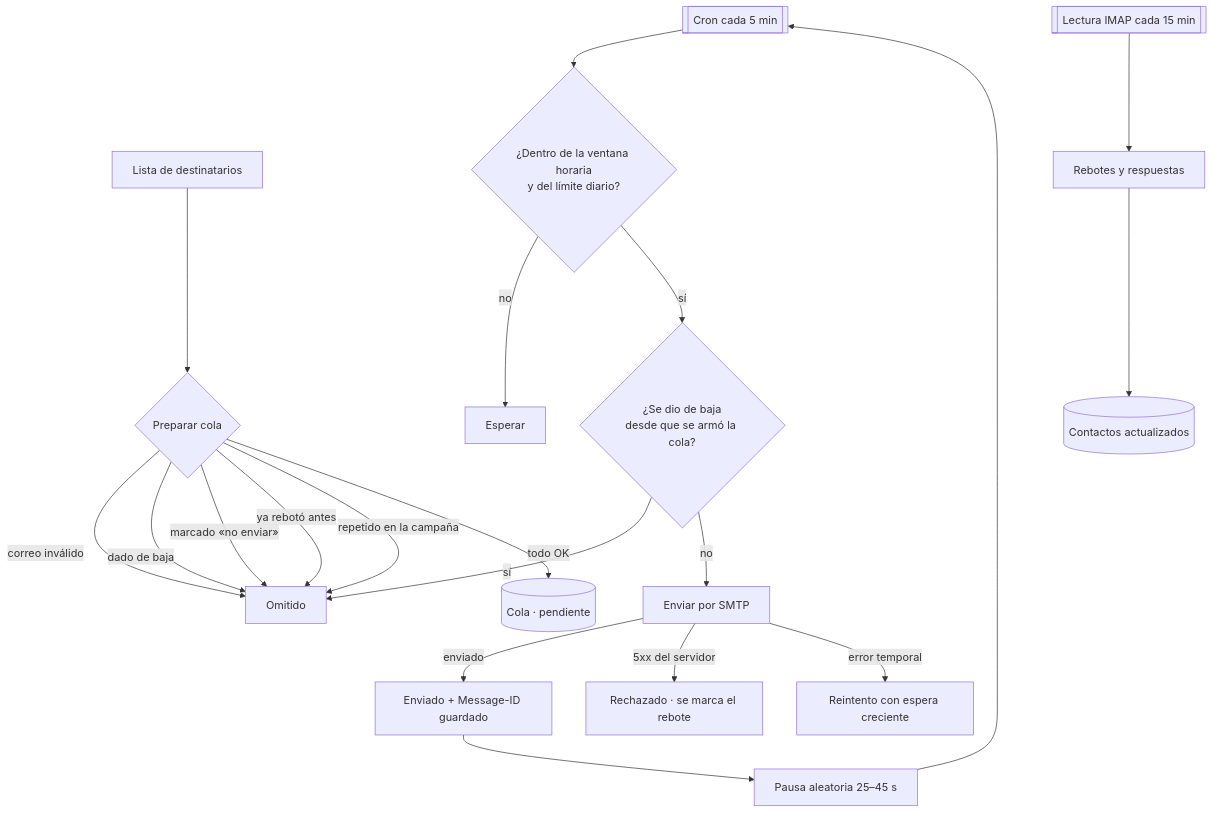
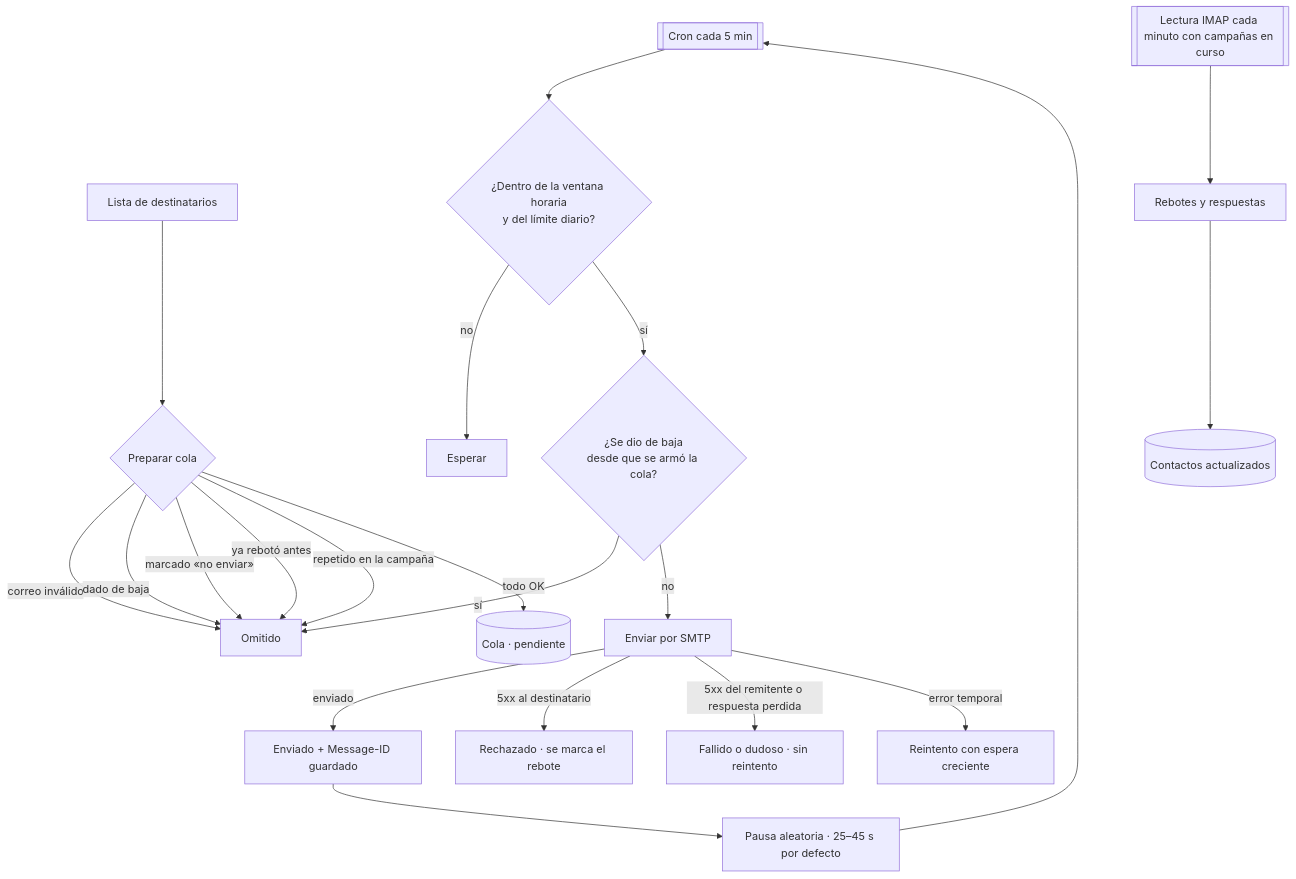
Before and after one commit to bsierra4262/crm-intellihelp: the second of 4 diagrams in README.md, drawn with Mermaid. The commit also changed other lines of this file and 5 other files, not shown here.

````diff
--- a/README.md
+++ b/README.md
@@ -238,22 +243,23 @@
 ```mermaid
 flowchart TD
     L[Lista de destinatarios] --> P{Preparar cola}
     P -->|correo inválido| OM[Omitido]
     P -->|dado de baja| OM
     P -->|marcado «no enviar»| OM
     P -->|ya rebotó antes| OM
     P -->|repetido en la campaña| OM
     P -->|todo OK| Q[(Cola · pendiente)]
     CRON[[Cron cada 5 min]] --> V{¿Dentro de la ventana horaria<br/>y del límite diario?}
     V -->|no| ESP[Esperar]
     V -->|sí| B{¿Se dio de baja<br/>desde que se armó la cola?}
     B -->|sí| OM
     B -->|no| S[Enviar por SMTP]
     S -->|enviado| OK[Enviado + Message-ID guardado]
-    S -->|5xx del servidor| RE[Rechazado · se marca el rebote]
+    S -->|5xx al destinatario| RE[Rechazado · se marca el rebote]
+    S -->|5xx del remitente o respuesta perdida| DU[Fallido o dudoso · sin reintento]
     S -->|error temporal| RT[Reintento con espera creciente]
-    OK --> PA[Pausa aleatoria 25–45 s]
+    OK --> PA[Pausa aleatoria · 25–45 s por defecto]
     PA --> CRON
-    IMAP[[Lectura IMAP cada 15 min]] --> RB[Rebotes y respuestas]
+    IMAP[[Lectura IMAP cada minuto con campañas en curso]] --> RB[Rebotes y respuestas]
     RB --> CT[(Contactos actualizados)]
 ```
````
